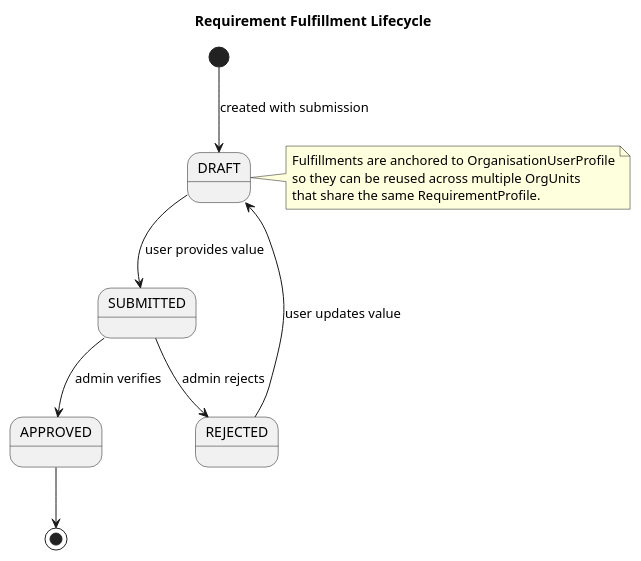
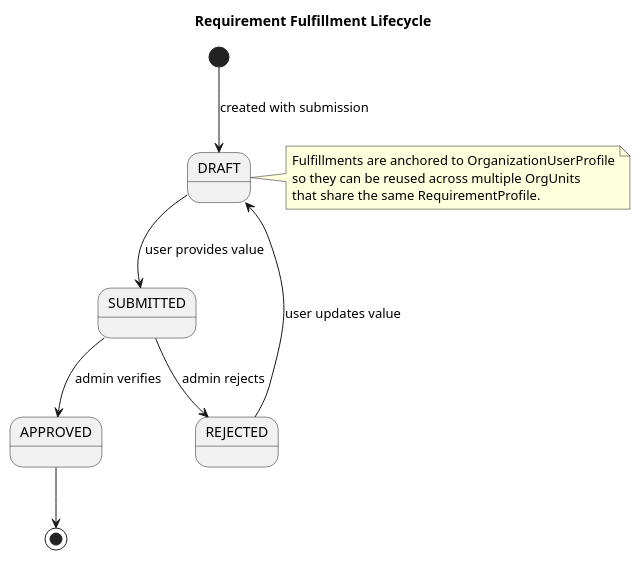
The fifth of 6 diagrams in models/flows.plantuml (holi-social/caluno), drawn with PlantUML before and after one commit. The commit also changed 8 other files, not shown here.

```diff
--- a/models/flows.plantuml
+++ b/models/flows.plantuml
@@ -106,20 +106,20 @@
 @startuml requirement_fullfillment_lifecycle
 
 title Requirement Fulfillment Lifecycle
 
 [*] --> DRAFT : created with submission
 
 DRAFT --> SUBMITTED : user provides value
 SUBMITTED --> APPROVED : admin verifies
 SUBMITTED --> REJECTED : admin rejects
 
 APPROVED --> [*]
 REJECTED --> DRAFT : user updates value
 
 note right of DRAFT
-  Fulfillments are anchored to OrganisationUserProfile
+  Fulfillments are anchored to OrganizationUserProfile
   so they can be reused across multiple OrgUnits
   that share the same RequirementProfile.
 end note
 
 @enduml
```
